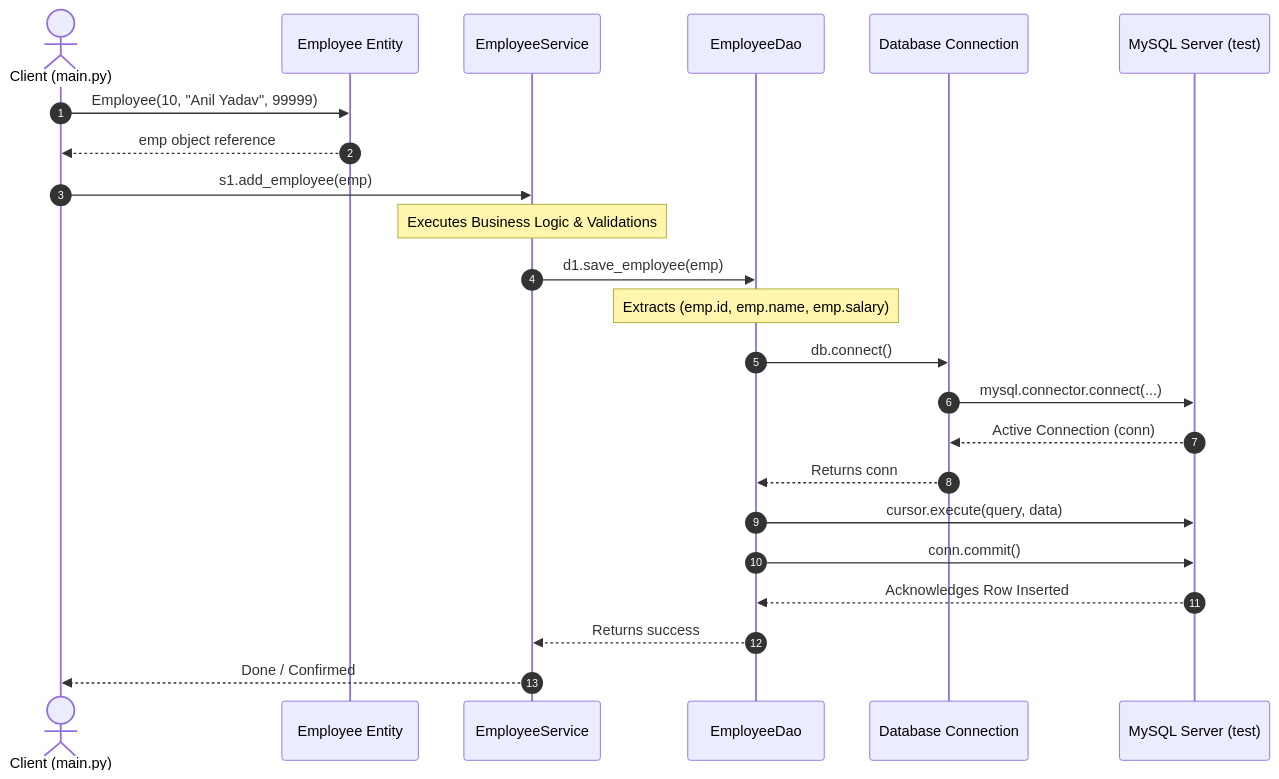
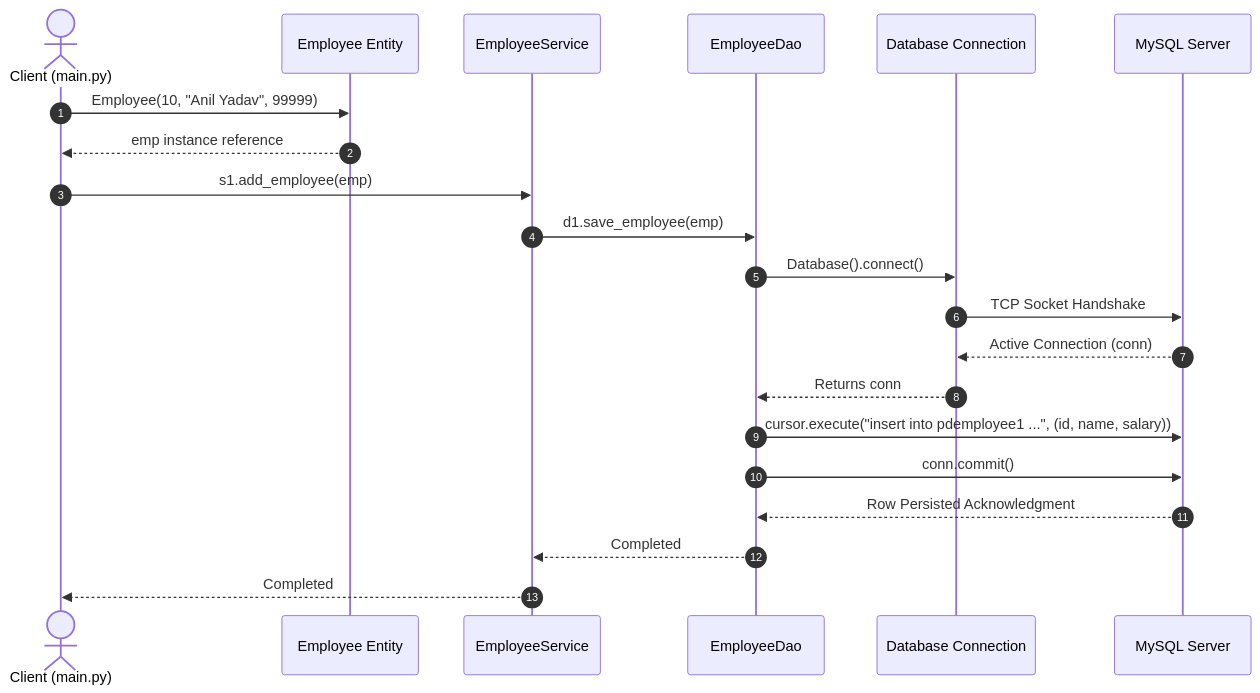
One commit to AnilYadav17/Layered_Architecture_PDBC changed the third of 8 diagrams in Architecture.md. Above: the diagram before and after it, drawn with Mermaid. The commit also changed other lines of this file, not shown here.

Commit message:
update architecture documentation with full crud and pdbc theory

````diff
--- a/Architecture.md
+++ b/Architecture.md
@@ -159,26 +524,24 @@
 ```mermaid
 sequenceDiagram
     autonumber
-    actor User as Client (main.py)
+    actor Client as Client (main.py)
     participant Model as Employee Entity
     participant Service as EmployeeService
     participant DAO as EmployeeDao
     participant DB as Database Connection
-    participant MySQL as MySQL Server (test)
+    participant MySQL as MySQL Server
 
-    User->>Model: Employee(10, "Anil Yadav", 99999)
-    Model-->>User: emp object reference
-    User->>Service: s1.add_employee(emp)
-    Note over Service: Executes Business Logic & Validations
+    Client->>Model: Employee(10, "Anil Yadav", 99999)
+    Model-->>Client: emp instance reference
+    Client->>Service: s1.add_employee(emp)
     Service->>DAO: d1.save_employee(emp)
-    Note over DAO: Extracts (emp.id, emp.name, emp.salary)
-    DAO->>DB: db.connect()
-    DB->>MySQL: mysql.connector.connect(...)
+    DAO->>DB: Database().connect()
+    DB->>MySQL: TCP Socket Handshake
     MySQL-->>DB: Active Connection (conn)
     DB-->>DAO: Returns conn
-    DAO->>MySQL: cursor.execute(query, data)
+    DAO->>MySQL: cursor.execute("insert into pdemployee1 ...", (id, name, salary))
     DAO->>MySQL: conn.commit()
-    MySQL-->>DAO: Acknowledges Row Inserted
-    DAO-->>Service: Returns success
-    Service-->>User: Done / Confirmed
+    MySQL-->>DAO: Row Persisted Acknowledgment
+    DAO-->>Service: Completed
+    Service-->>Client: Completed
 ```
````
